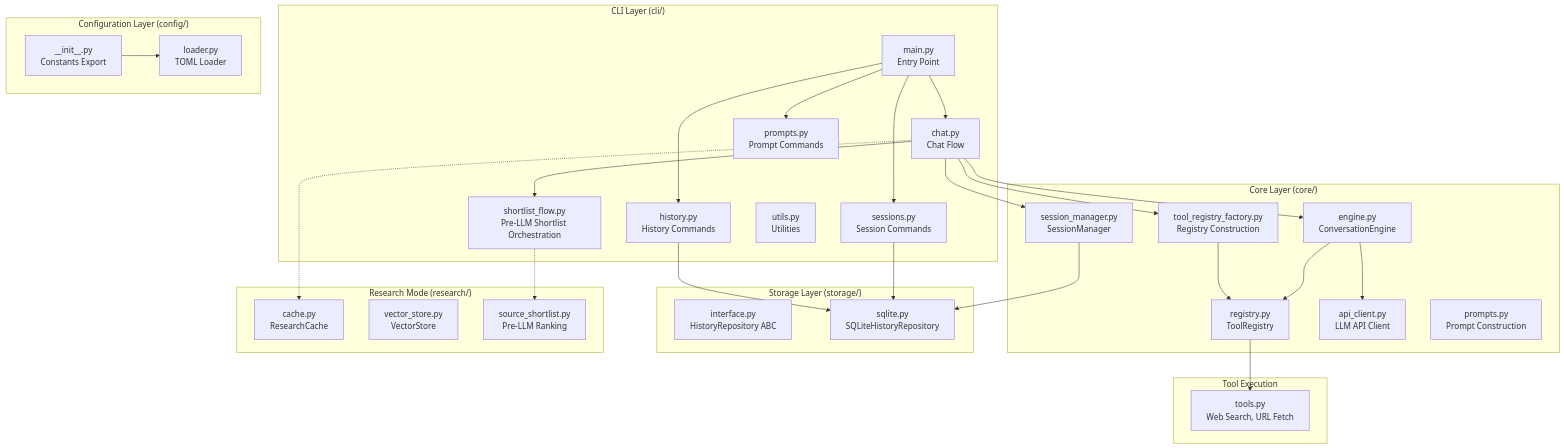
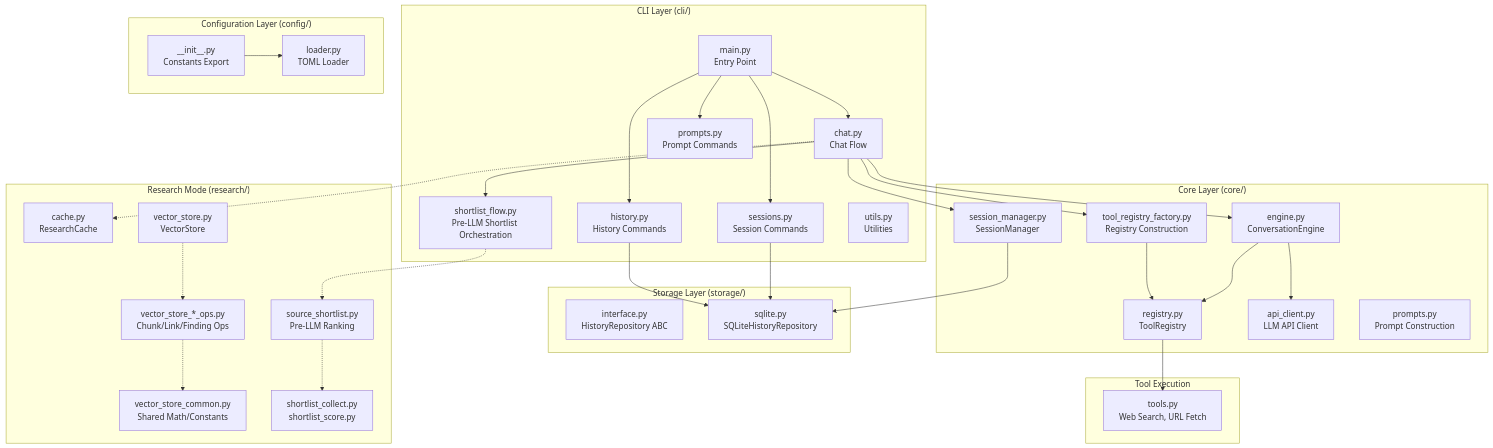
One commit to evrenesat/asky changed the diagram in ARCHITECTURE.md. Above: the diagram before and after it, drawn with Mermaid. The commit also changed other lines of this file and 10 other files, not shown here.

````diff
--- a/ARCHITECTURE.md
+++ b/ARCHITECTURE.md
@@ -9,60 +9,66 @@
 ```mermaid
 graph TB
     subgraph CLI["CLI Layer (cli/)"]
         main["main.py<br/>Entry Point"]
         chat["chat.py<br/>Chat Flow"]
         shortlist_flow["shortlist_flow.py<br/>Pre-LLM Shortlist Orchestration"]
         history["history.py<br/>History Commands"]
         sessions_cli["sessions.py<br/>Session Commands"]
         prompts_cli["prompts.py<br/>Prompt Commands"]
         utils["utils.py<br/>Utilities"]
     end
 
     subgraph Core["Core Layer (core/)"]
         engine["engine.py<br/>ConversationEngine"]
         tool_factory["tool_registry_factory.py<br/>Registry Construction"]
         registry["registry.py<br/>ToolRegistry"]
         api_client["api_client.py<br/>LLM API Client"]
         session_mgr["session_manager.py<br/>SessionManager"]
         prompts_core["prompts.py<br/>Prompt Construction"]
     end
 
     subgraph Storage["Storage Layer (storage/)"]
         interface["interface.py<br/>HistoryRepository ABC"]
         sqlite["sqlite.py<br/>SQLiteHistoryRepository"]
     end
 
     subgraph Config["Configuration Layer (config/)"]
         config_init["__init__.py<br/>Constants Export"]
         loader["loader.py<br/>TOML Loader"]
     end
 
     subgraph Research["Research Mode (research/)"]
         cache["cache.py<br/>ResearchCache"]
         vector["vector_store.py<br/>VectorStore"]
+        vector_ops["vector_store_*_ops.py<br/>Chunk/Link/Finding Ops"]
+        vector_common["vector_store_common.py<br/>Shared Math/Constants"]
         shortlist["source_shortlist.py<br/>Pre-LLM Ranking"]
+        shortlist_ops["shortlist_collect.py<br/>shortlist_score.py"]
     end
 
     subgraph Tools["Tool Execution"]
         tools["tools.py<br/>Web Search, URL Fetch"]
     end
 
     main --> chat
     chat --> shortlist_flow
     main --> history
     main --> sessions_cli
     main --> prompts_cli
     chat --> engine
     chat --> tool_factory
     tool_factory --> registry
     engine --> registry
     engine --> api_client
     chat --> session_mgr
     session_mgr --> sqlite
     history --> sqlite
     sessions_cli --> sqlite
     registry --> tools
     config_init --> loader
     shortlist_flow -.-> shortlist
+    shortlist -.-> shortlist_ops
+    vector -.-> vector_ops
+    vector_ops -.-> vector_common
     chat -.-> cache
 ```
````
